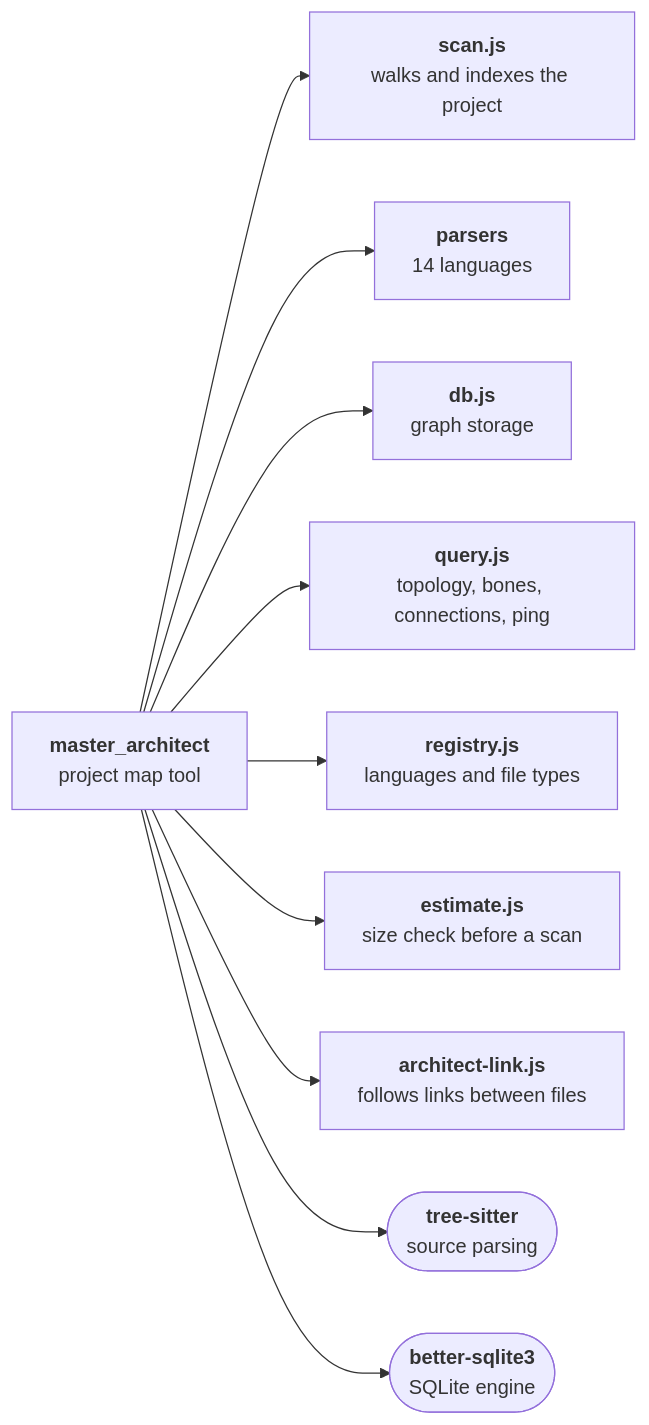
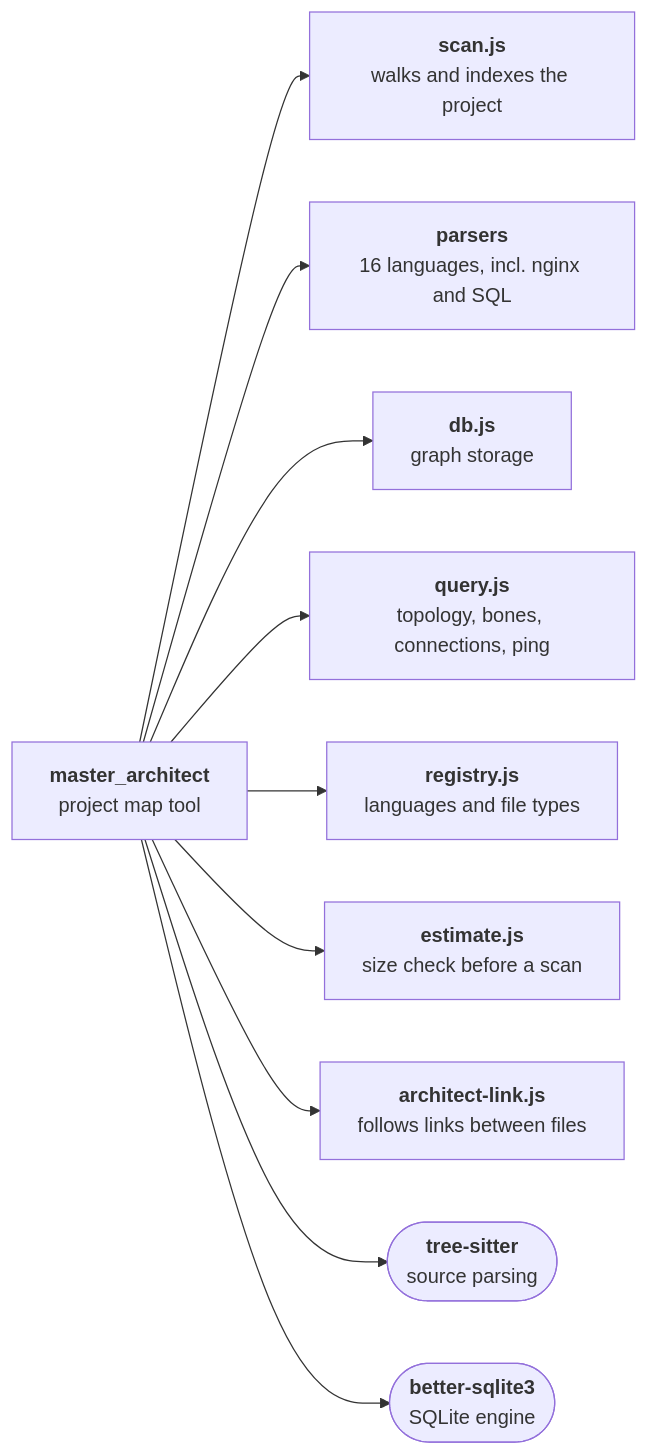
One commit to itamos-technologia/itamos-mcp-tools changed the eighth of 16 diagrams in docs/PAPER.md. Above: the diagram before and after it, drawn with Mermaid. The commit also changed 1 other file, not shown here.

Commit message:
Docs: master_architect parses 16 languages, including nginx and SQL

````diff
--- a/docs/PAPER.md
+++ b/docs/PAPER.md
@@ -252,22 +252,22 @@
 ```mermaid
 flowchart LR
   r["<b>master_architect</b><br/>project map tool"]
   d0["<b>scan.js</b><br/>walks and indexes the project"]
   r --> d0
-  d1["<b>parsers</b><br/>14 languages"]
+  d1["<b>parsers</b><br/>16 languages, incl. nginx and SQL"]
   r --> d1
   d2["<b>db.js</b><br/>graph storage"]
   r --> d2
   d3["<b>query.js</b><br/>topology, bones, connections, ping"]
   r --> d3
   d4["<b>registry.js</b><br/>languages and file types"]
   r --> d4
   d5["<b>estimate.js</b><br/>size check before a scan"]
   r --> d5
   d6["<b>architect-link.js</b><br/>follows links between files"]
   r --> d6
   d7(["<b>tree-sitter</b><br/>source parsing"])
   r --> d7
   d8(["<b>better-sqlite3</b><br/>SQLite engine"])
   r --> d8
 ```
````
